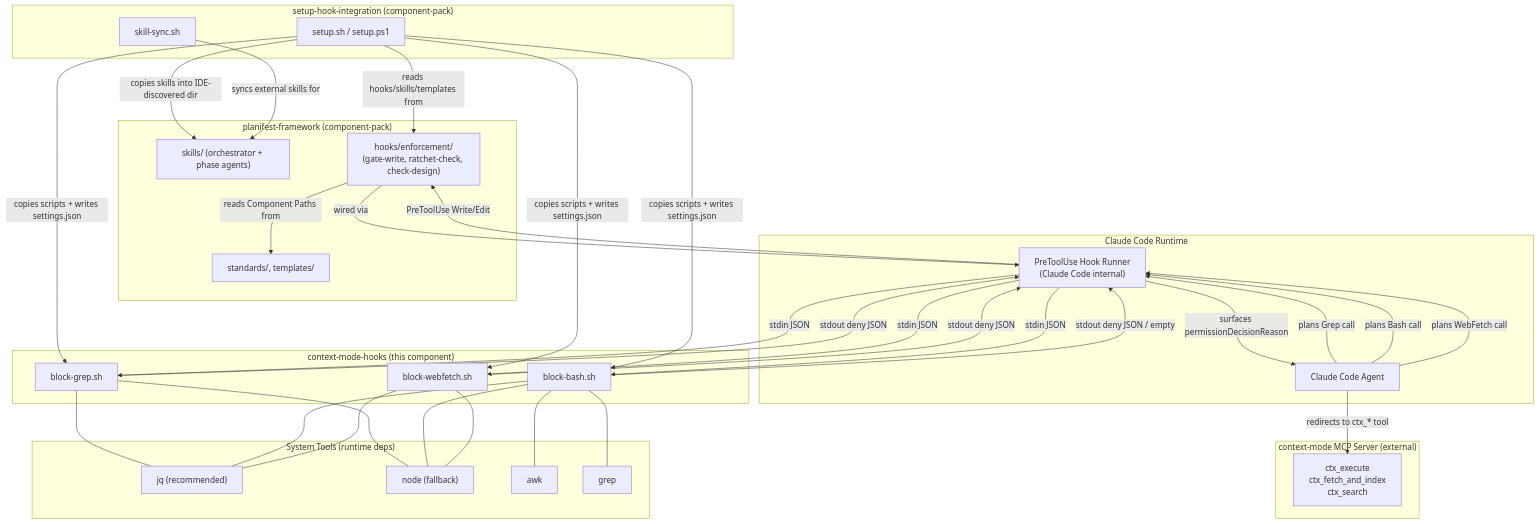
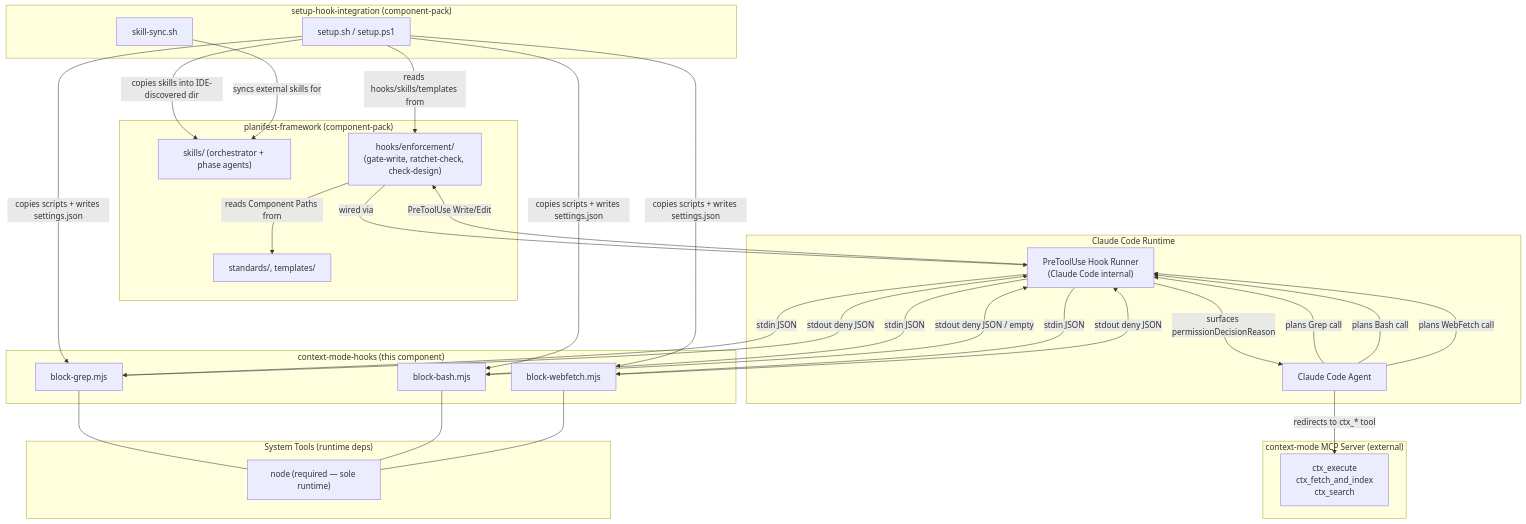
The diagram in docs/dependency-graph.md (planifest/planifest-framework), drawn with Mermaid before and after one commit. The commit also changed other lines of this file and 82 other files, not shown here.

````diff
--- a/docs/dependency-graph.md
+++ b/docs/dependency-graph.md
@@ -10,69 +10,61 @@
 ```mermaid
 graph TD
     subgraph "planifest-framework (component-pack)"
         SKILLS["skills/ (orchestrator + phase agents)"]
         STANDARDS["standards/, templates/"]
         ENFORCE["hooks/enforcement/\n(gate-write, ratchet-check, check-design)"]
     end
 
     subgraph "Claude Code Runtime"
         CC[Claude Code Agent]
         HookRunner["PreToolUse Hook Runner\n(Claude Code internal)"]
     end
 
     subgraph "context-mode-hooks (this component)"
-        BG["block-grep.sh"]
-        BB["block-bash.sh"]
-        BW["block-webfetch.sh"]
+        BG["block-grep.mjs"]
+        BB["block-bash.mjs"]
+        BW["block-webfetch.mjs"]
     end
 
     subgraph "context-mode MCP Server (external)"
         CTX["ctx_execute\nctx_fetch_and_index\nctx_search"]
     end
 
     subgraph "setup-hook-integration (component-pack)"
         SH["setup.sh / setup.ps1"]
         SKS["skill-sync.sh"]
     end
 
     subgraph "System Tools (runtime deps)"
-        JQ["jq (recommended)"]
-        NODE["node (fallback)"]
-        AWK["awk"]
-        GREP_BIN["grep"]
+        NODE["node (required — sole runtime)"]
     end
 
     CC -->|"plans Grep call"| HookRunner
     CC -->|"plans Bash call"| HookRunner
     CC -->|"plans WebFetch call"| HookRunner
 
     HookRunner -->|"stdin JSON"| BG
     HookRunner -->|"stdin JSON"| BB
     HookRunner -->|"stdin JSON"| BW
 
     BG -->|"stdout deny JSON"| HookRunner
     BB -->|"stdout deny JSON / empty"| HookRunner
     BW -->|"stdout deny JSON"| HookRunner
 
     HookRunner -->|"surfaces permissionDecisionReason"| CC
     CC -->|"redirects to ctx_* tool"| CTX
 
     SH -->|"copies scripts + writes settings.json"| BG
     SH -->|"copies scripts + writes settings.json"| BB
     SH -->|"copies scripts + writes settings.json"| BW
     SH -->|"reads hooks/skills/templates from"| ENFORCE
     SH -->|"copies skills into IDE-discovered dir"| SKILLS
     SKS -->|"syncs external skills for"| SKILLS
     ENFORCE -->|"wired via"| HookRunner
     HookRunner -->|"PreToolUse Write/Edit"| ENFORCE
     ENFORCE -->|"reads Component Paths from"| STANDARDS
 
-    BG --- JQ
     BG --- NODE
-    BB --- JQ
     BB --- NODE
-    BB --- AWK
-    BB --- GREP_BIN
-    BW --- JQ
     BW --- NODE
 ```
````
